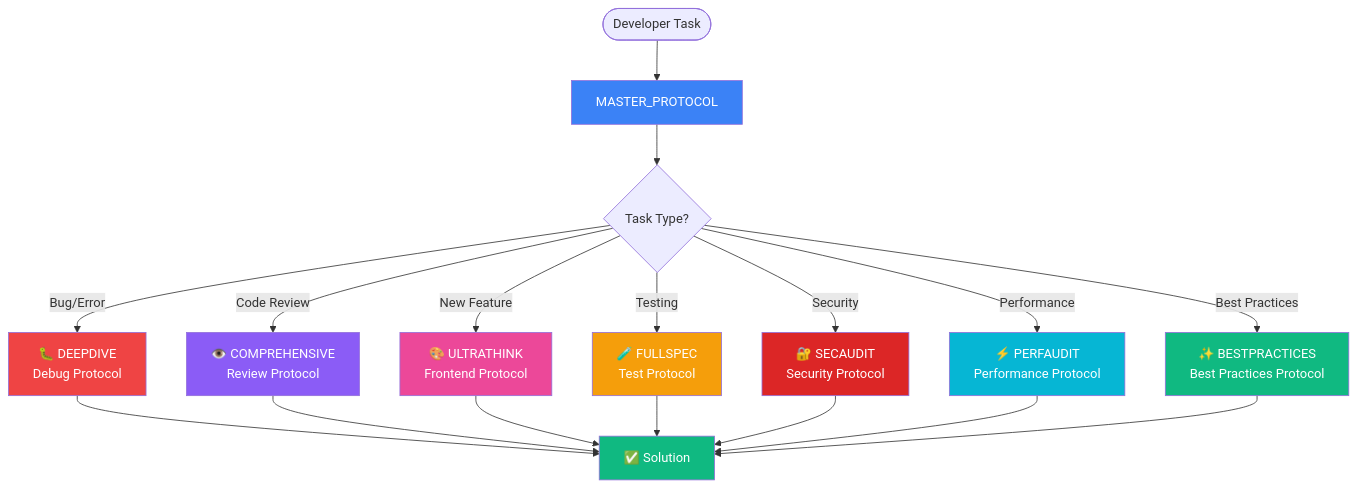
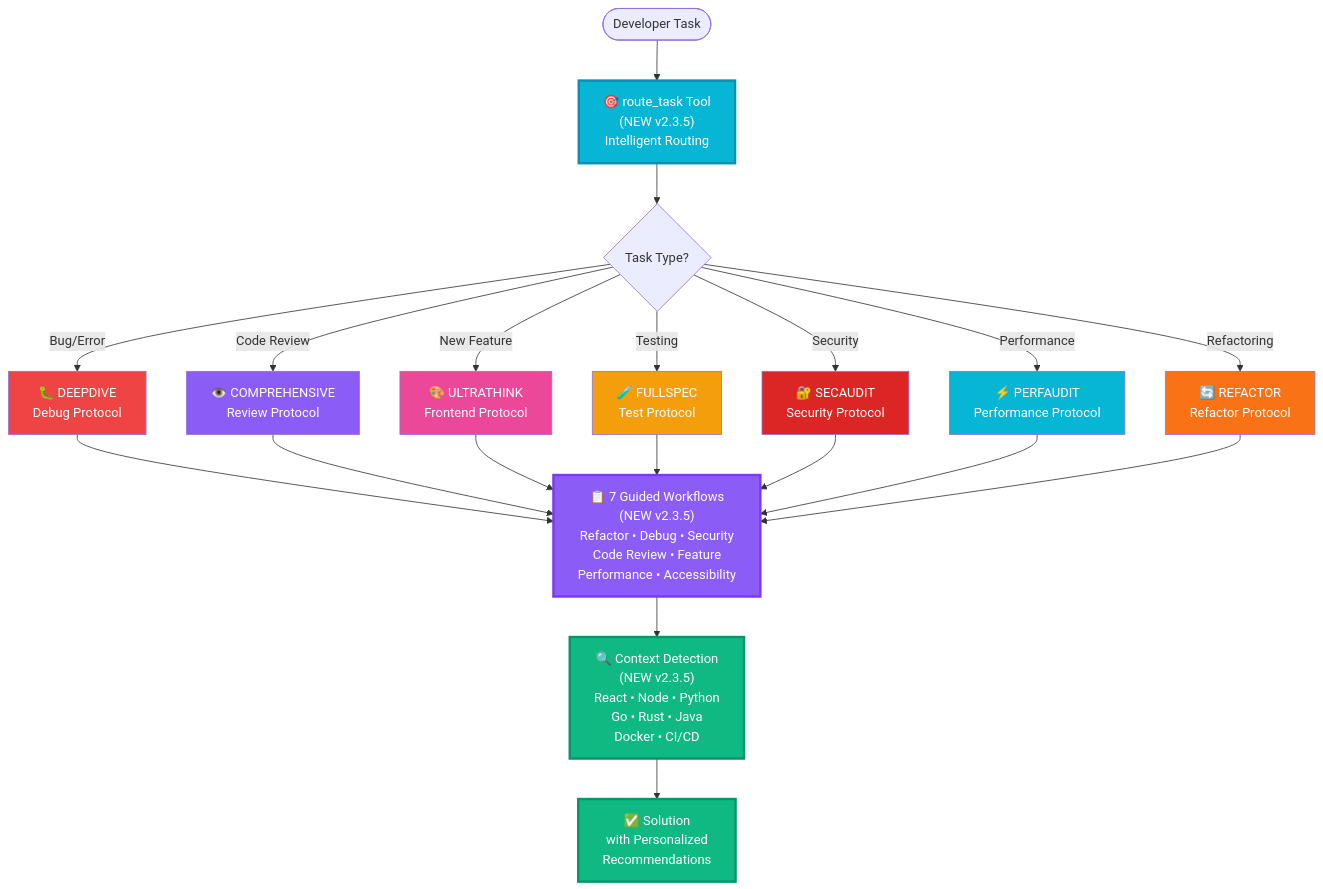
One commit to zeal422/ai-protocols-by-VectorMedia changed the diagram in README.md. Above: the diagram before and after it, drawn with Mermaid. The commit also changed other lines of this file and 63 other files, not shown here.

Commit message:
2.3.5 UPDATE: Added context aware + better router + docs

````diff
--- a/README.md
+++ b/README.md
@@ -1,31 +1,37 @@
 ```mermaid
 graph TB
-    Start([Developer Task]) --> Master[MASTER_PROTOCOL]
-    Master --> Decision{Task Type?}
+    Start([Developer Task]) --> Router["🎯 route_task Tool<br/>(NEW v2.3.5)<br/>Intelligent Routing"]
+    Router --> Decision{Task Type?}
     
     Decision -->|Bug/Error| Debug[🐛 DEEPDIVE<br/>Debug Protocol]
     Decision -->|Code Review| Review[👁️ COMPREHENSIVE<br/>Review Protocol]
     Decision -->|New Feature| Design[🎨 ULTRATHINK<br/>Frontend Protocol]
     Decision -->|Testing| Test[🧪 FULLSPEC<br/>Test Protocol]
     Decision -->|Security| Sec[🔐 SECAUDIT<br/>Security Protocol]
     Decision -->|Performance| Perf[⚡ PERFAUDIT<br/>Performance Protocol]
-    Decision -->|Best Practices| Best[✨ BESTPRACTICES<br/>Best Practices Protocol]
+    Decision -->|Refactoring| Refactor[🔄 REFACTOR<br/>Refactor Protocol]
     
-    Debug --> Result[✅ Solution]
-    Review --> Result
-    Design --> Result
-    Test --> Result
-    Sec --> Result
-    Perf --> Result
-    Best --> Result
+    Debug --> Workflows["📋 7 Guided Workflows<br/>(NEW v2.3.5)<br/>Refactor • Debug • Security<br/>Code Review • Feature<br/>Performance • Accessibility"]
+    Review --> Workflows
+    Design --> Workflows
+    Test --> Workflows
+    Sec --> Workflows
+    Perf --> Workflows
+    Refactor --> Workflows
     
-    style Master fill:#3b82f6,color:#fff
-    style Result fill:#10b981,color:#fff
+    Workflows --> Context["🔍 Context Detection<br/>(NEW v2.3.5)<br/>React • Node • Python<br/>Go • Rust • Java<br/>Docker • CI/CD"]
+    
+    Context --> Result[✅ Solution<br/>with Personalized<br/>Recommendations]
+    
+    style Router fill:#06b6d4,color:#fff,stroke:#0891b2,stroke-width:3px
+    style Workflows fill:#8b5cf6,color:#fff,stroke:#7c3aed,stroke-width:3px
+    style Context fill:#10b981,color:#fff,stroke:#059669,stroke-width:3px
+    style Result fill:#10b981,color:#fff,stroke:#059669,stroke-width:3px
     style Debug fill:#ef4444,color:#fff
     style Review fill:#8b5cf6,color:#fff
     style Design fill:#ec4899,color:#fff
     style Test fill:#f59e0b,color:#fff
     style Sec fill:#dc2626,color:#fff
     style Perf fill:#06b6d4,color:#fff
-    style Best fill:#10b981,color:#fff
+    style Refactor fill:#f97316,color:#fff
 ```
````
